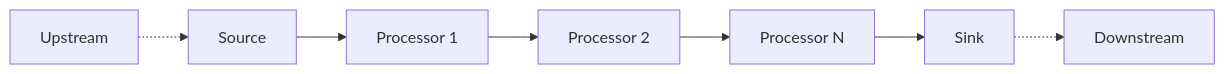
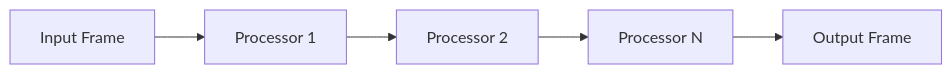
The diagram in api-reference/pipelines/pipeline.mdx (pipecat-ai/docs), drawn with Mermaid before and after one commit. The commit also changed 13 other files, not shown here.

````diff
--- a/api-reference/pipelines/pipeline.mdx
+++ b/api-reference/pipelines/pipeline.mdx
@@ -50,10 +50,7 @@
 ```mermaid
 graph LR
-    A[Source] --> B[Processor 1]
+    A[Input Frame] --> B[Processor 1]
     B --> C[Processor 2]
     C --> D[Processor N]
-    D --> E[Sink]
-
-    F[Upstream] -.-> A
-    E -.-> G[Downstream]
+    D --> E[Output Frame]
 ```
````
